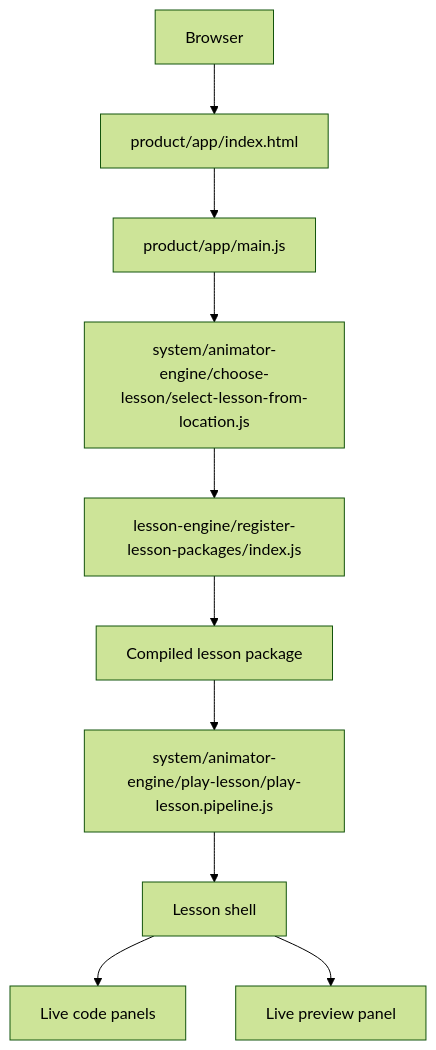
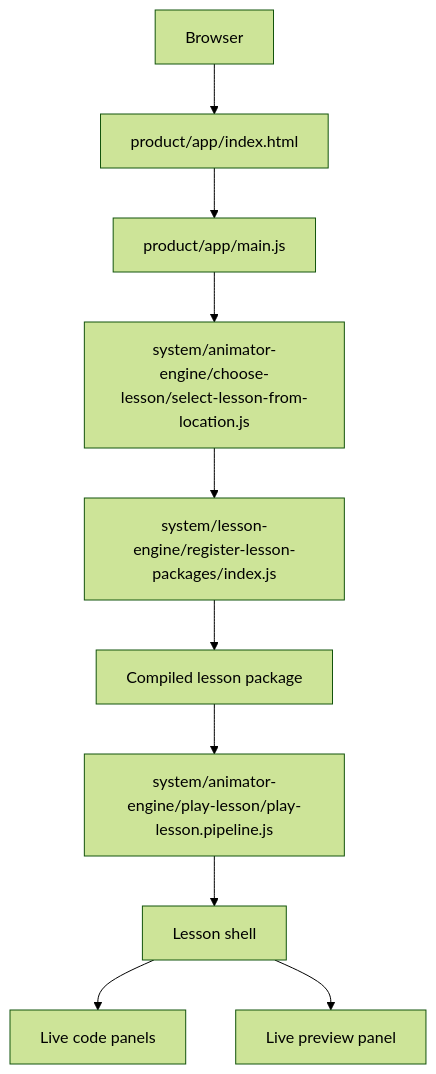
Before and after one commit to shomsy/step-by-step-animator: the diagram in README.md, drawn with Mermaid (forest theme). The commit also changed other lines of this file and 56 other files, not shown here.

Commit message:
Move lesson engine into system boundaries

````diff
--- a/README.md
+++ b/README.md
@@ -73,17 +73,17 @@
 ```mermaid
 flowchart TD
   Browser[Browser]
   AppIndex[product/app/index.html]
   AppMain[product/app/main.js]
   SelectLesson[system/animator-engine/choose-lesson/select-lesson-from-location.js]
-  Registry[lesson-engine/register-lesson-packages/index.js]
+  Registry[system/lesson-engine/register-lesson-packages/index.js]
   LessonPackage[Compiled lesson package]
   PlayPipeline[system/animator-engine/play-lesson/play-lesson.pipeline.js]
   LessonShell[Lesson shell]
   CodePanel[Live code panels]
   PreviewPanel[Live preview panel]
 
   Browser --> AppIndex --> AppMain --> SelectLesson --> Registry --> LessonPackage --> PlayPipeline --> LessonShell
   LessonShell --> CodePanel
   LessonShell --> PreviewPanel
 ```
````
